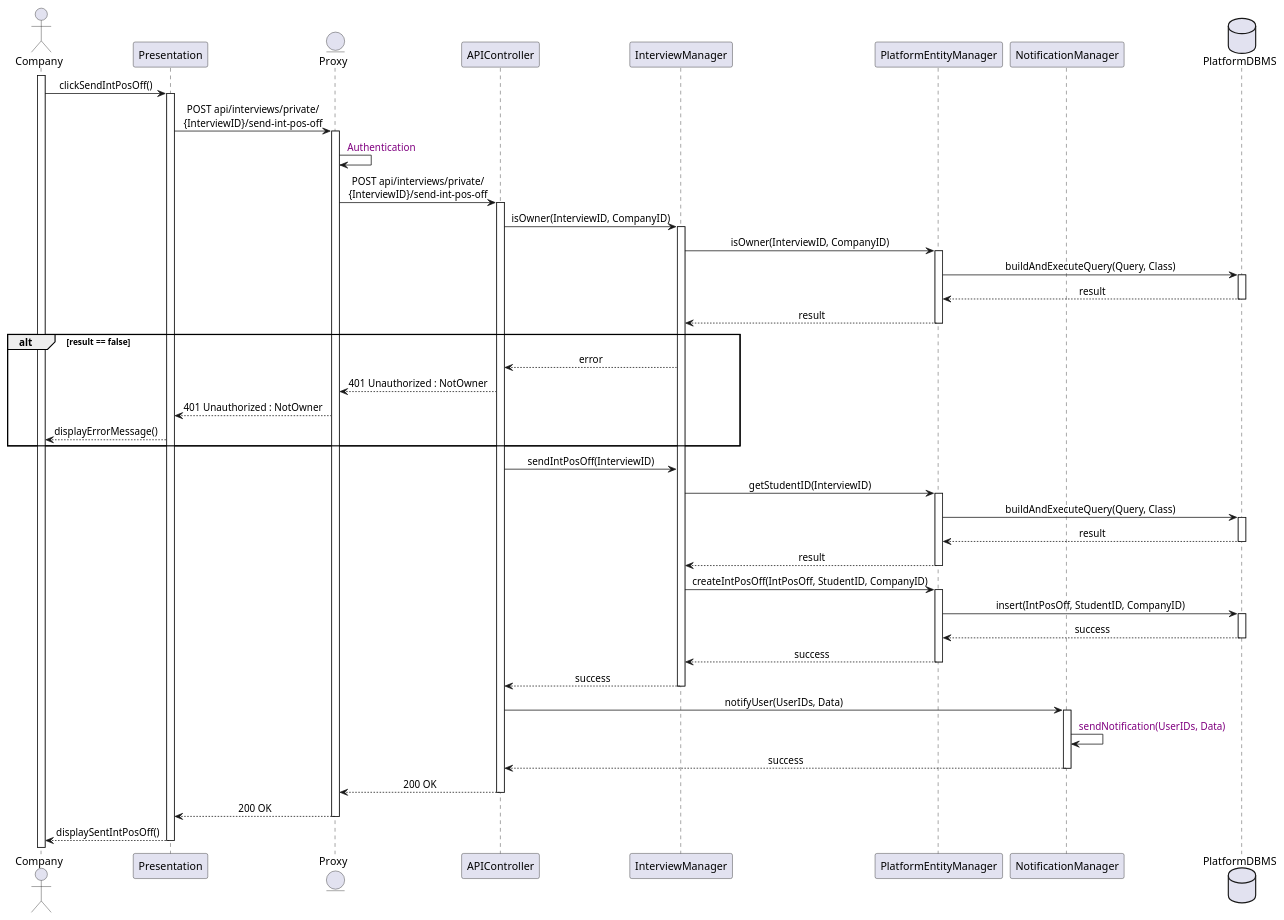
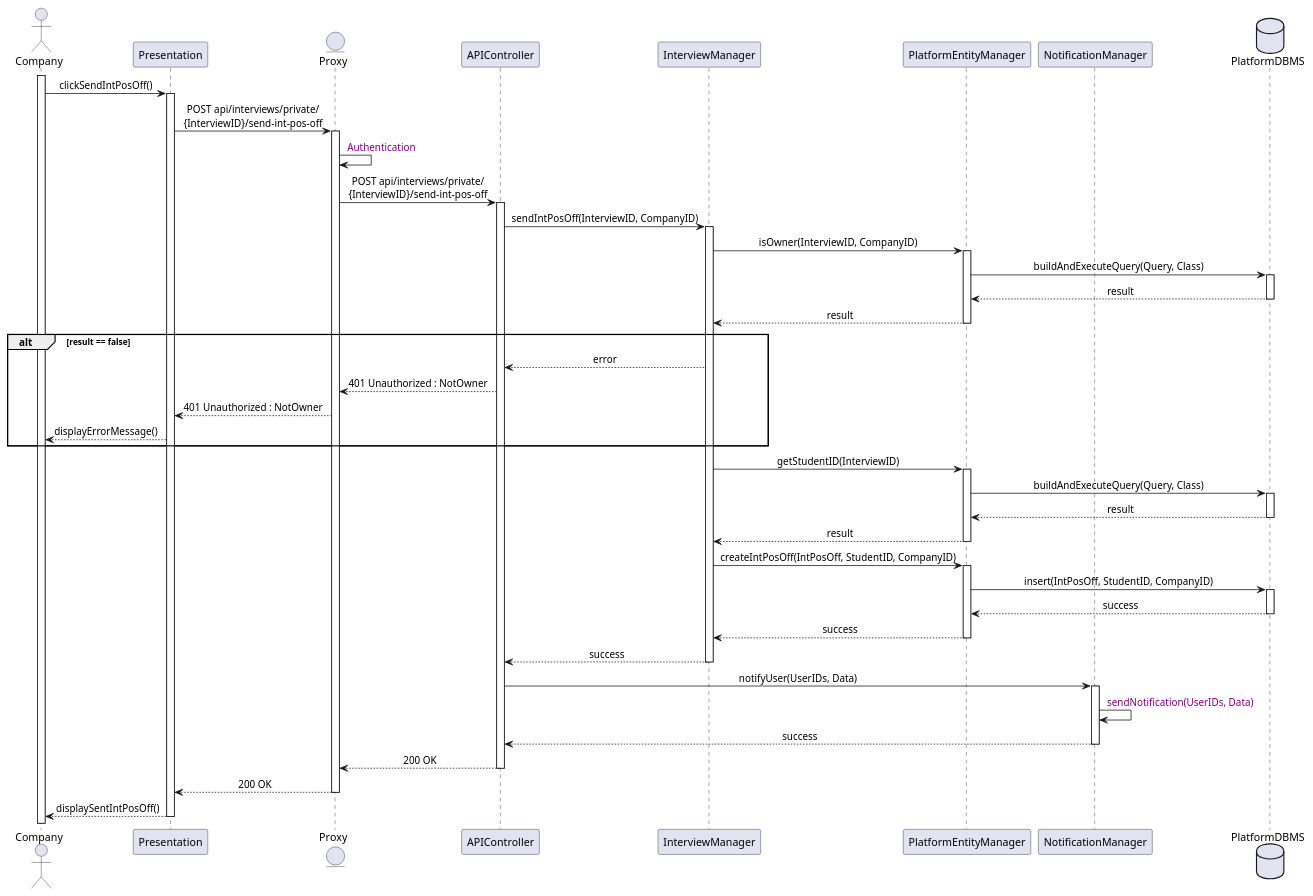
One commit to Slaitroc/RicciPaoliGrisoni changed the diagram in Diagrams/SequenceDiagrams/DD/21CompanySendsIntPosOff.wsd. Above: the diagram before and after it, drawn with PlantUML. The commit also changed 5 other files, not shown here.

Commit message:
fix sequence diagram

```diff
--- a/Diagrams/SequenceDiagrams/DD/21CompanySendsIntPosOff.wsd
+++ b/Diagrams/SequenceDiagrams/DD/21CompanySendsIntPosOff.wsd
@@ -1,67 +1,66 @@
 @startuml
 skinparam sequenceMessageAlign center
 
 actor Company
 participant Presentation
 entity Proxy
 participant APIController
 participant InterviewManager
 participant PlatformEntityManager
 participant NotificationManager
 database PlatformDBMS
 
 activate Company
 Company -> Presentation : clickSendIntPosOff()
 activate Presentation
 Presentation -> Proxy : POST api/interviews/private/\n{InterviewID}/send-int-pos-off
 activate Proxy
 Proxy -> Proxy : <color:purple> Authentication
 Proxy -> APIController : POST api/interviews/private/\n{InterviewID}/send-int-pos-off
 activate APIController
-APIController -> InterviewManager : isOwner(InterviewID, CompanyID)
+APIController -> InterviewManager : sendIntPosOff(InterviewID, CompanyID)
 activate InterviewManager
 InterviewManager -> PlatformEntityManager : isOwner(InterviewID, CompanyID)
 activate PlatformEntityManager
 PlatformEntityManager -> PlatformDBMS : buildAndExecuteQuery(Query, Class)
 activate PlatformDBMS
 PlatformDBMS --> PlatformEntityManager : result
 deactivate PlatformDBMS
 PlatformEntityManager --> InterviewManager : result
 deactivate PlatformEntityManager
 alt result == false
 InterviewManager --> APIController : error
 APIController --> Proxy : 401 Unauthorized : NotOwner
 Proxy --> Presentation : 401 Unauthorized : NotOwner
 Presentation --> Company : displayErrorMessage()
 end
-APIController -> InterviewManager : sendIntPosOff(InterviewID)
 InterviewManager -> PlatformEntityManager : getStudentID(InterviewID)
 activate PlatformEntityManager
 PlatformEntityManager -> PlatformDBMS : buildAndExecuteQuery(Query, Class)
 activate PlatformDBMS
 PlatformDBMS --> PlatformEntityManager : result
 deactivate PlatformDBMS
 PlatformEntityManager --> InterviewManager : result
 deactivate PlatformEntityManager
 InterviewManager -> PlatformEntityManager : createIntPosOff(IntPosOff, StudentID, CompanyID)
 activate PlatformEntityManager
 PlatformEntityManager -> PlatformDBMS : insert(IntPosOff, StudentID, CompanyID)
 activate PlatformDBMS
 PlatformDBMS --> PlatformEntityManager : success
 deactivate PlatformDBMS
 PlatformEntityManager --> InterviewManager : success
 deactivate PlatformEntityManager
 InterviewManager --> APIController : success
 deactivate InterviewManager
 APIController -> NotificationManager : notifyUser(UserIDs, Data)
 activate NotificationManager
 NotificationManager -> NotificationManager : <color:purple> sendNotification(UserIDs, Data)
 NotificationManager --> APIController : success
 deactivate NotificationManager
 APIController --> Proxy : 200 OK
 deactivate APIController
 Proxy --> Presentation : 200 OK
 deactivate Proxy
 Presentation --> Company : displaySentIntPosOff()
 deactivate Presentation
 @enduml
```
